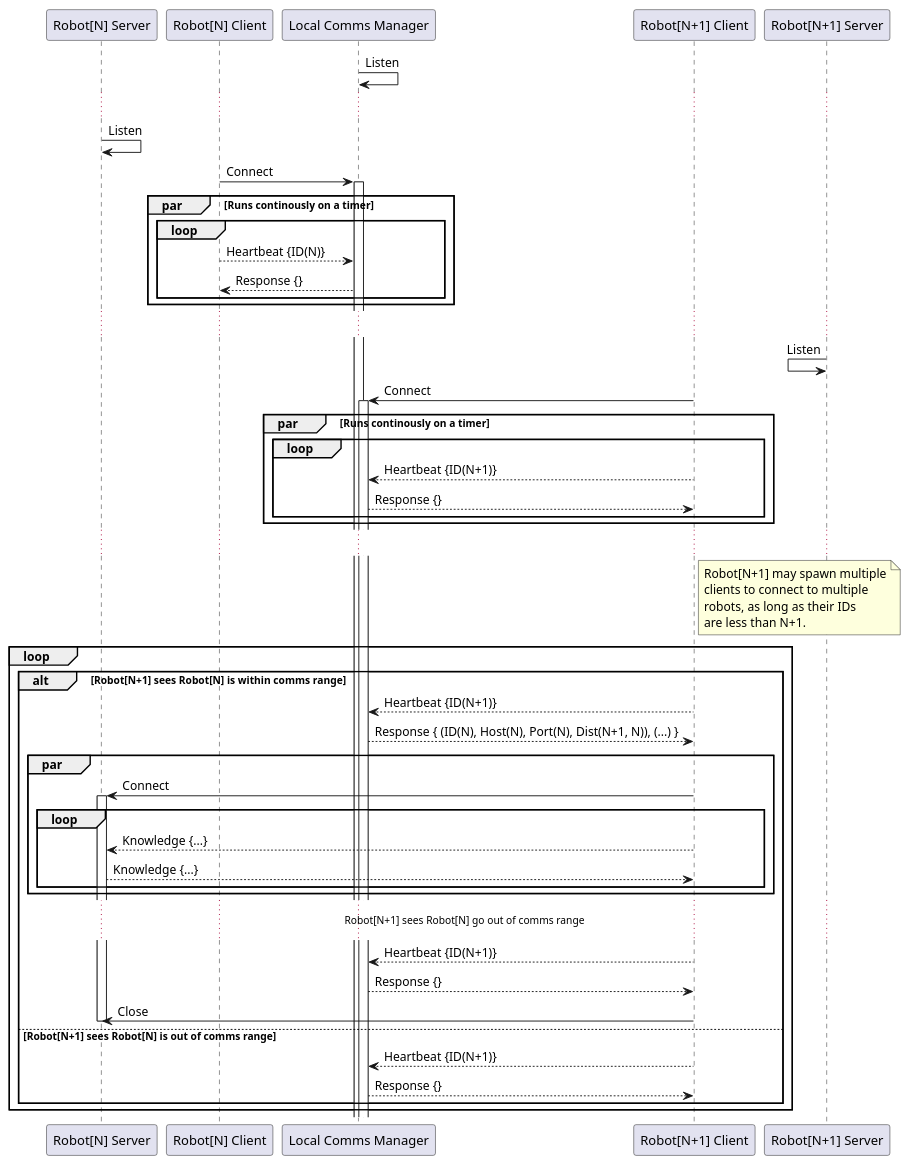
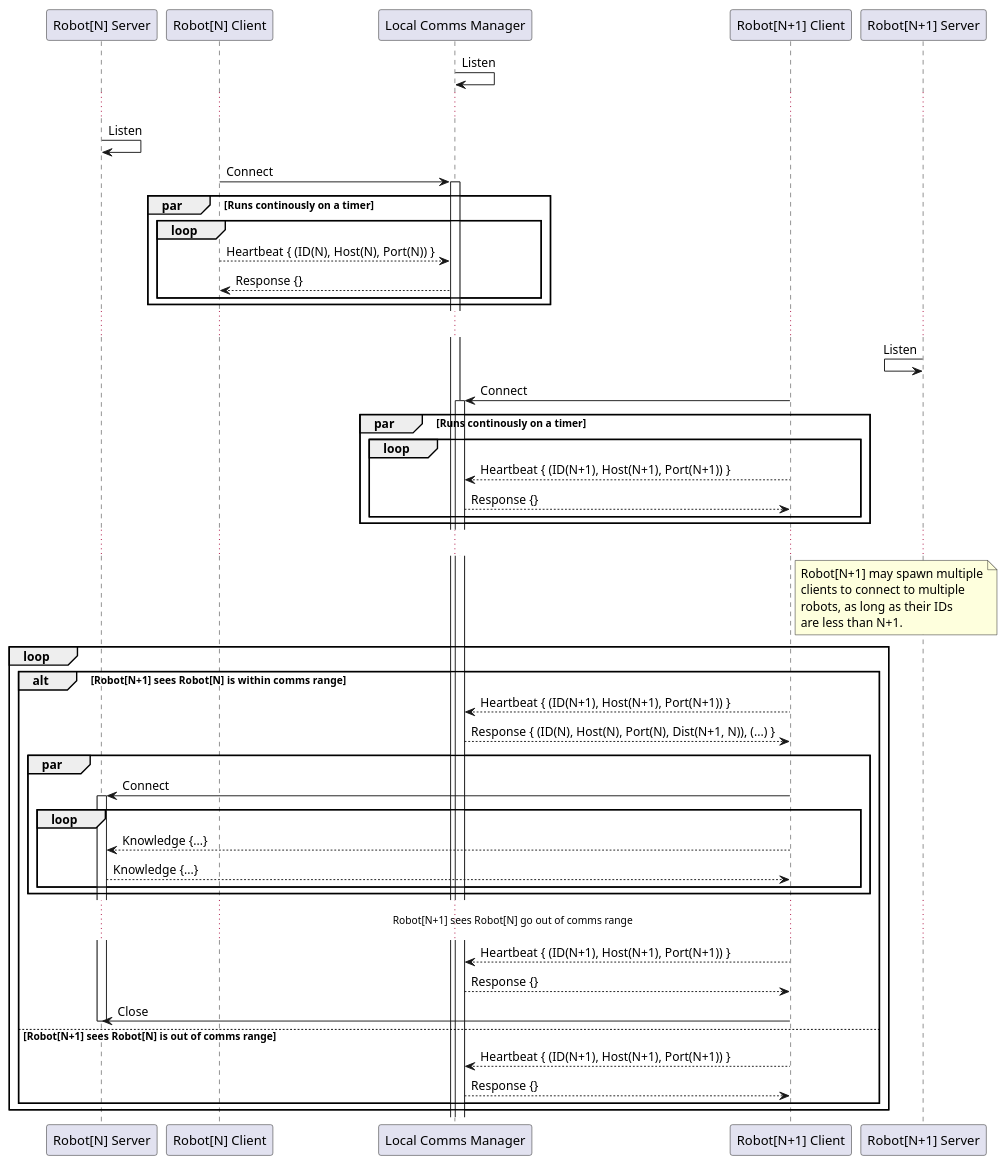
One commit to eshjordan/mobile-robotics-fyp changed the diagram in src/agent_local_comms_server/doc/comms_sequence.puml. Above: the diagram before and after it, drawn with PlantUML. The commit also changed 3 other files, not shown here.

Commit message:
Updated LocalComms spec to allow agents to connect directly to one another

```diff
--- a/src/agent_local_comms_server/doc/comms_sequence.puml
+++ b/src/agent_local_comms_server/doc/comms_sequence.puml
@@ -1,71 +1,71 @@
 @startuml
 
 participant "Robot[N] Server"
 participant "Robot[N] Client"
 participant "Local Comms Manager"
 participant "Robot[N+1] Client"
 participant "Robot[N+1] Server"
 
 "Local Comms Manager" -> "Local Comms Manager" : Listen
 
 ...
 
 "Robot[N] Server" -> "Robot[N] Server" : Listen
 "Robot[N] Client" -> "Local Comms Manager" : Connect
 activate "Local Comms Manager"
 
 par Runs continously on a timer
 loop
-"Robot[N] Client" --> "Local Comms Manager": Heartbeat {ID(N)}
+"Robot[N] Client" --> "Local Comms Manager": Heartbeat { (ID(N), Host(N), Port(N)) }
 "Local Comms Manager" --> "Robot[N] Client": Response {}
 end
 end
 
 ...
 
 "Robot[N+1] Server" <- "Robot[N+1] Server" : Listen
 "Robot[N+1] Client" -> "Local Comms Manager" : Connect
 activate "Local Comms Manager"
 
 par Runs continously on a timer
 loop
-"Robot[N+1] Client" --> "Local Comms Manager": Heartbeat {ID(N+1)}
+"Robot[N+1] Client" --> "Local Comms Manager": Heartbeat { (ID(N+1), Host(N+1), Port(N+1)) }
 "Local Comms Manager" --> "Robot[N+1] Client": Response {}
 end
 end
 
 ...
 
 note right of "Robot[N+1] Client"
 Robot[N+1] may spawn multiple
 clients to connect to multiple
 robots, as long as their IDs
 are less than N+1.
 end note
 
 loop
 alt Robot[N+1] sees Robot[N] is within comms range
-"Robot[N+1] Client" --> "Local Comms Manager": Heartbeat {ID(N+1)}
+"Robot[N+1] Client" --> "Local Comms Manager": Heartbeat { (ID(N+1), Host(N+1), Port(N+1)) }
 "Local Comms Manager" --> "Robot[N+1] Client": Response { (ID(N), Host(N), Port(N), Dist(N+1, N)), (...) }
 par
 "Robot[N+1] Client" -> "Robot[N] Server": Connect
 activate "Robot[N] Server"
 loop
 "Robot[N+1] Client" --> "Robot[N] Server": Knowledge {...}
 "Robot[N] Server" --> "Robot[N+1] Client": Knowledge {...}
 end
 end
 ...Robot[N+1] sees Robot[N] go out of comms range...
 
-"Robot[N+1] Client" --> "Local Comms Manager": Heartbeat {ID(N+1)}
+"Robot[N+1] Client" --> "Local Comms Manager": Heartbeat { (ID(N+1), Host(N+1), Port(N+1)) }
 "Local Comms Manager" --> "Robot[N+1] Client": Response {}
 "Robot[N+1] Client" -> "Robot[N] Server": Close
 deactivate "Robot[N] Server"
 
 else Robot[N+1] sees Robot[N] is out of comms range
-"Robot[N+1] Client" --> "Local Comms Manager": Heartbeat {ID(N+1)}
+"Robot[N+1] Client" --> "Local Comms Manager": Heartbeat { (ID(N+1), Host(N+1), Port(N+1)) }
 "Local Comms Manager" --> "Robot[N+1] Client": Response {}
 end
 end
 
 @enduml
```
